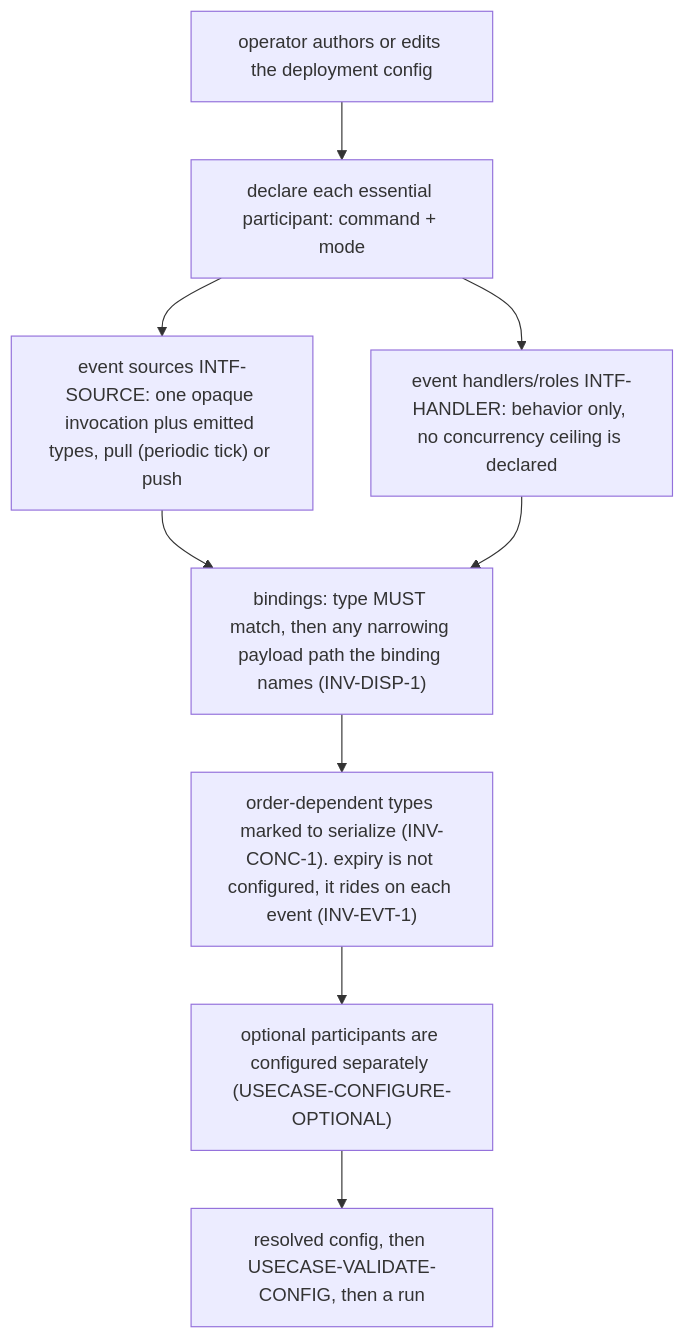
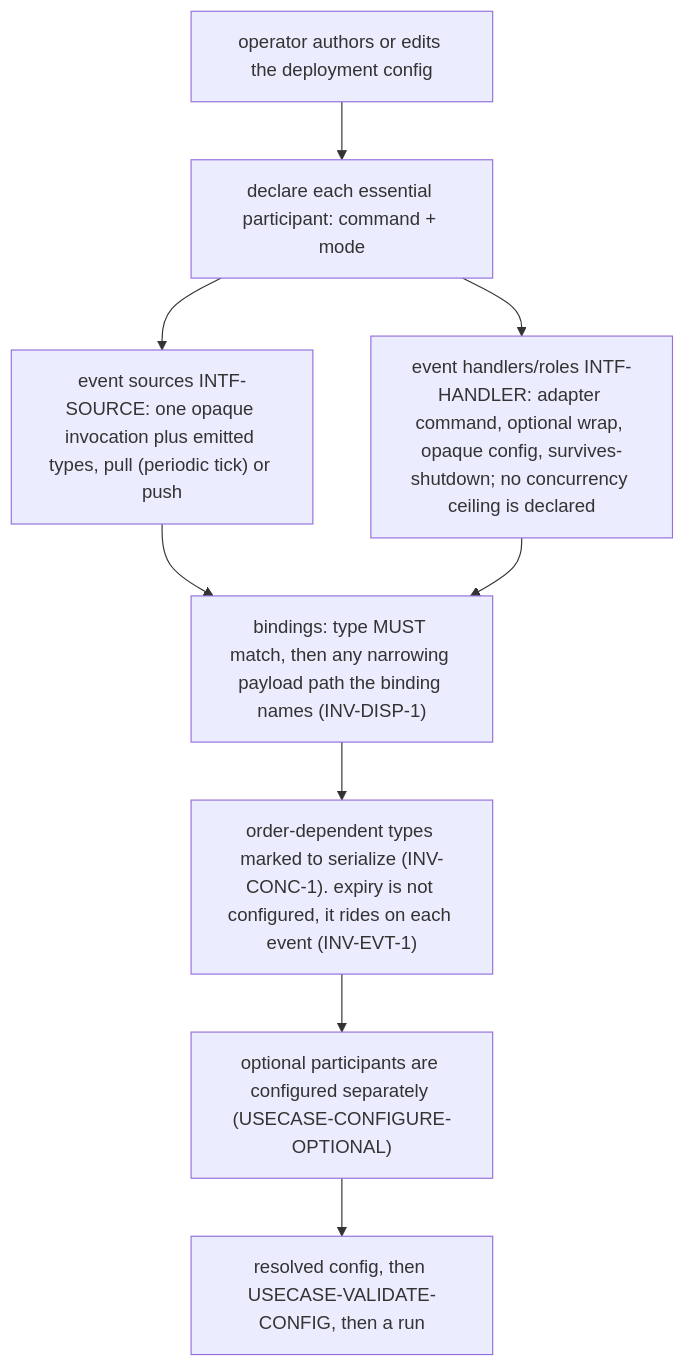
One commit to phillipgreenii/nix-agent-support changed diagram 12 of 19 in packages/pg-router/docs/behavior/journeys.md. Above: the diagram before and after it, drawn with Mermaid. The commit also changed other lines of this file and 31 other files, not shown here.

````diff
--- a/packages/pg-router/docs/behavior/journeys.md
+++ b/packages/pg-router/docs/behavior/journeys.md
@@ -735,11 +753,11 @@
 ```mermaid
 flowchart TD
     start["operator authors or edits the deployment config"] --> parts["declare each essential participant: command + mode"]
     parts --> src["event sources INTF-SOURCE: one opaque invocation plus emitted types, pull (periodic tick) or push"]
-    parts --> hdl["event handlers/roles INTF-HANDLER: behavior only, no concurrency ceiling is declared"]
+    parts --> hdl["event handlers/roles INTF-HANDLER: adapter command, optional wrap, opaque config, survives-shutdown; no concurrency ceiling is declared"]
     src --> bind["bindings: type MUST match, then any narrowing payload path the binding names (INV-DISP-1)"]
     hdl --> bind
     bind --> ser["order-dependent types marked to serialize (INV-CONC-1). expiry is not configured, it rides on each event (INV-EVT-1)"]
     ser --> opt["optional participants are configured separately (USECASE-CONFIGURE-OPTIONAL)"]
     opt --> out["resolved config, then USECASE-VALIDATE-CONFIG, then a run"]
 ```
````
